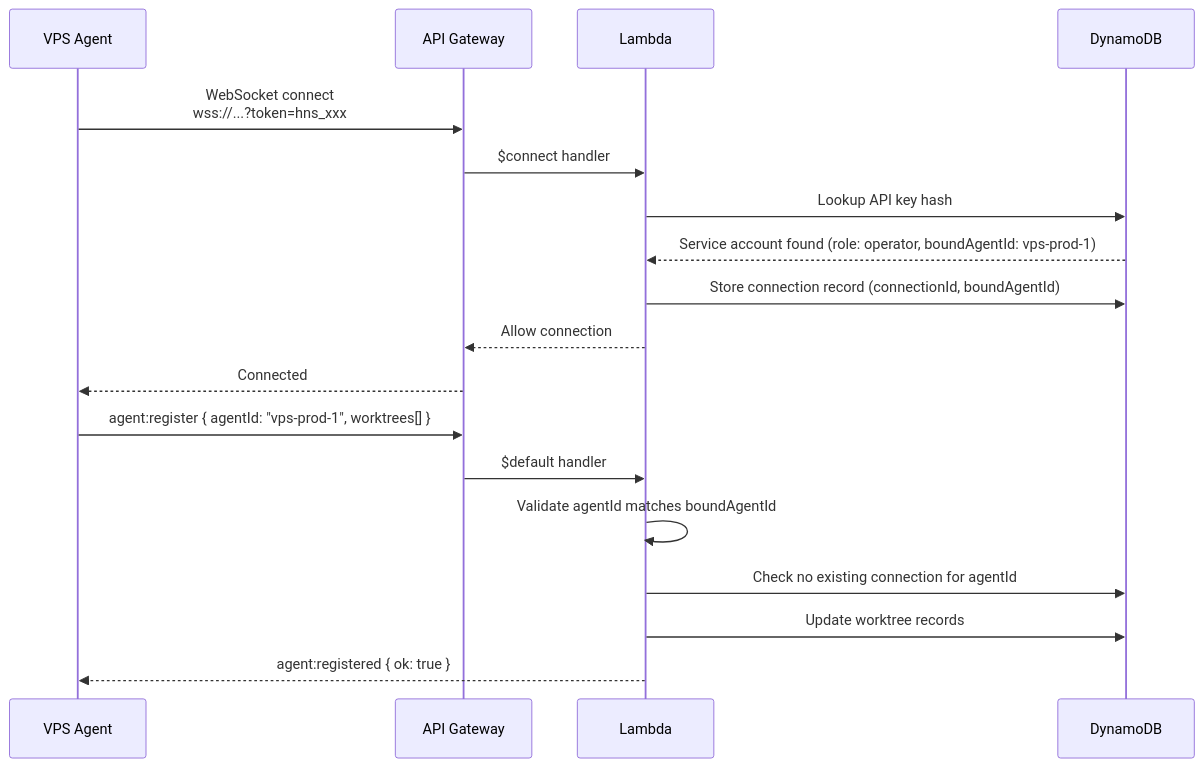
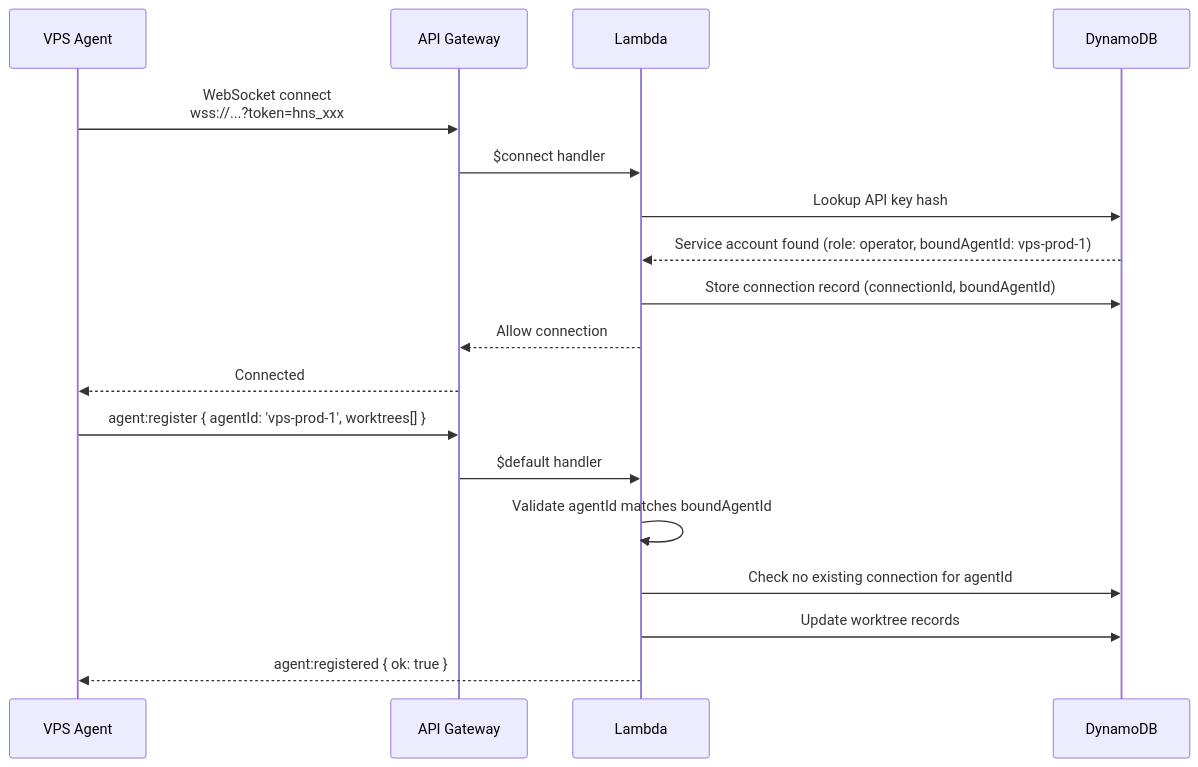
One commit to jonathanong/auto-harness changed the second of 2 diagrams in docs/security.md. Above: the diagram before and after it, drawn with Mermaid. The commit also changed 4 other files, not shown here.

First line of the commit message:
Fix invalid Mermaid diagrams across docs.

````diff
--- a/docs/security.md
+++ b/docs/security.md
@@ -179,21 +179,21 @@
 ```mermaid
 sequenceDiagram
     participant Agent as VPS Agent
     participant APIGW as API Gateway
     participant Lambda
     participant DDB as DynamoDB
 
     Agent->>APIGW: WebSocket connect<br/>wss://...?token=hns_xxx
     APIGW->>Lambda: $connect handler
     Lambda->>DDB: Lookup API key hash
     DDB-->>Lambda: Service account found (role: operator, boundAgentId: vps-prod-1)
     Lambda->>DDB: Store connection record (connectionId, boundAgentId)
     Lambda-->>APIGW: Allow connection
     APIGW-->>Agent: Connected
-    Agent->>APIGW: agent:register { agentId: "vps-prod-1", worktrees[] }
+    Agent->>APIGW: agent:register { agentId: 'vps-prod-1', worktrees[] }
     APIGW->>Lambda: $default handler
     Lambda->>Lambda: Validate agentId matches boundAgentId
     Lambda->>DDB: Check no existing connection for agentId
     Lambda->>DDB: Update worktree records
     Lambda-->>Agent: agent:registered { ok: true }
 ```
````
